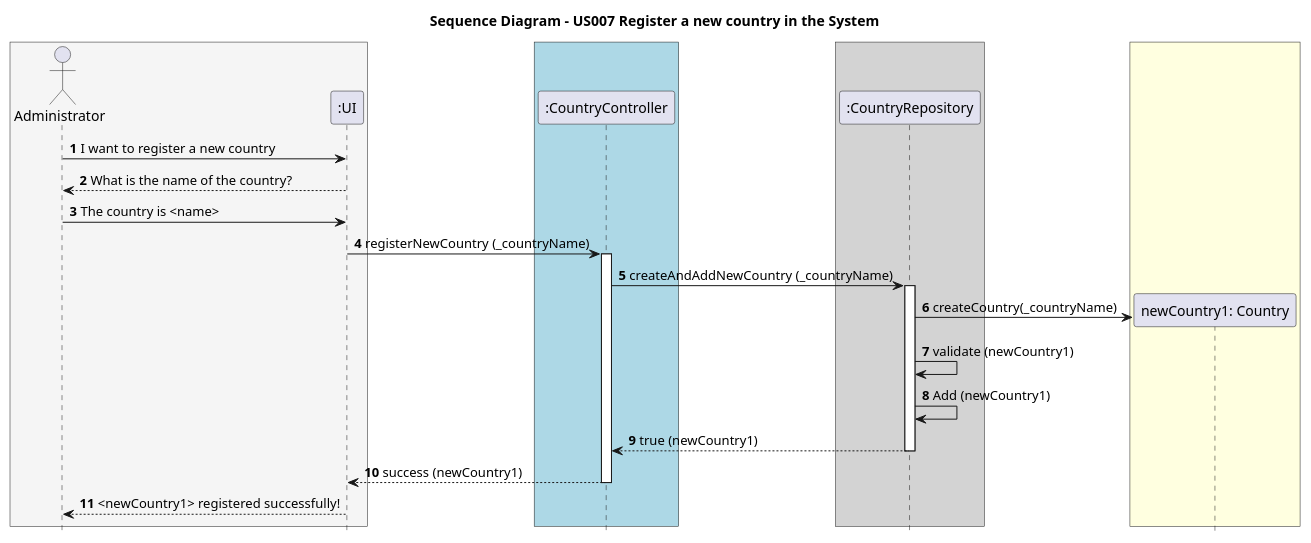
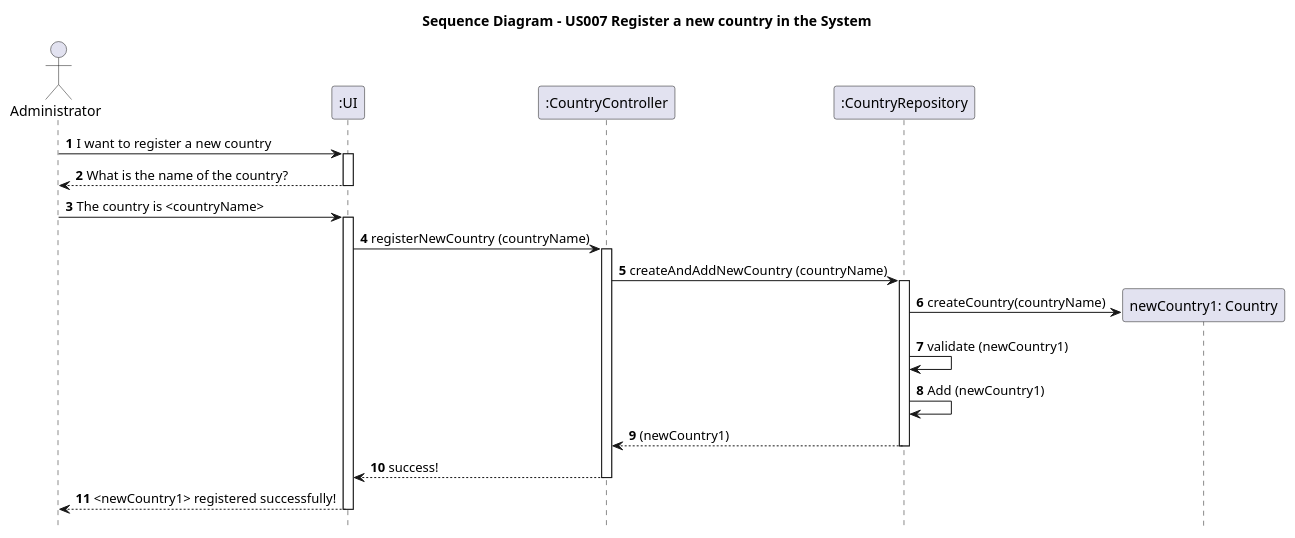
Before and after one commit to AndrePereiraGitH/SWitCH-Project-Team_A: the diagram in Diagrams/SequenceDiagrams/N2/US007-to-register-a-new-country-in-the-system.puml, drawn with PlantUML. The commit also changed 5 other files, not shown here.

```diff
--- a/Diagrams/SequenceDiagrams/N2/US007-to-register-a-new-country-in-the-system.puml
+++ b/Diagrams/SequenceDiagrams/N2/US007-to-register-a-new-country-in-the-system.puml
@@ -1,45 +1,49 @@
 @startuml
 
 footbox off
 
 title Sequence Diagram - US007 Register a new country in the System
 
-box #WhiteSmoke
+
 actor Administrator
 participant ":UI" as UI
-end box
 
-box #LightBlue
+
+
 participant ":CountryController" as CountryController
-end box
 
-box #LightGrey
+
+
 participant ":CountryRepository" as AddressRepository
-end box
+
 
 Administrator -> UI : **1** I want to register a new country
+activate UI
 UI --> Administrator : **2** What is the name of the country?
+deactivate UI
 
-Administrator -> UI : **3** The country is <name>
+Administrator -> UI : **3** The country is <countryName>
+activate UI
 
-UI -> CountryController : **4** registerNewCountry (_countryName)
+UI -> CountryController : **4** registerNewCountry (countryName)
 activate CountryController
 
-CountryController -> AddressRepository : **5** createAndAddNewCountry (_countryName)
+CountryController -> AddressRepository : **5** createAndAddNewCountry (countryName)
 activate AddressRepository
 
-box #LightYellow
+
 create "newCountry1: Country" as Country
-AddressRepository -> Country : **6** createCountry(_countryName)
-end box
+AddressRepository -> Country : **6** createCountry(countryName)
+
 AddressRepository -> AddressRepository : **7** validate (newCountry1)
 AddressRepository -> AddressRepository : **8** Add (newCountry1)
-AddressRepository --> CountryController : **9** true (newCountry1)
+AddressRepository --> CountryController : **9** (newCountry1)
 deactivate AddressRepository
 
-CountryController --> UI : **10** success (newCountry1)
+CountryController --> UI : **10** success!
 deactivate CountryController
 
 UI --> Administrator : **11** <newCountry1> registered successfully!
+deactivate UI
 
 @enduml
```
